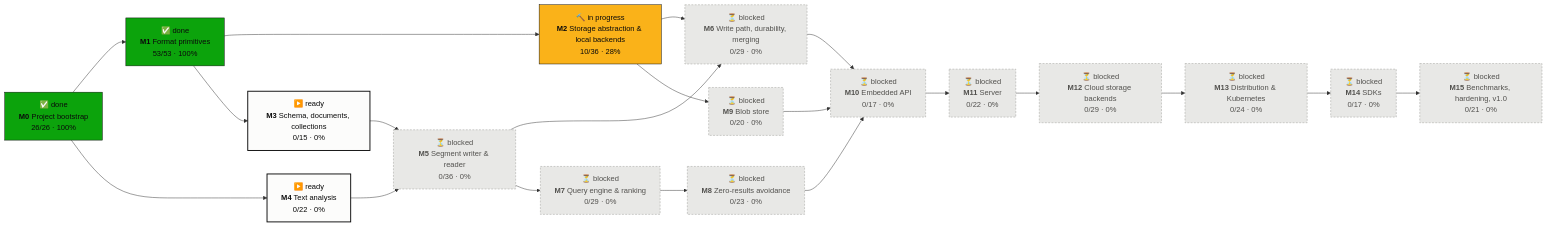
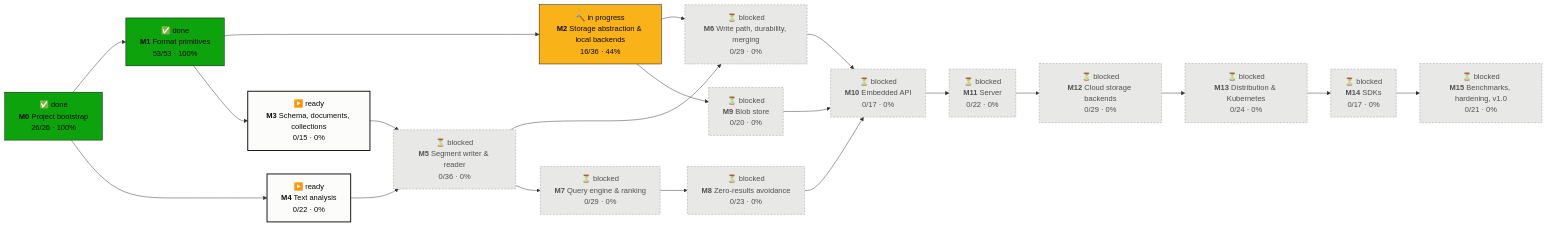
One commit to tomiok/persiaDB changed the first of 2 diagrams in PROGRESS.md. Above: the diagram before and after it, drawn with Mermaid. The commit also changed other lines of this file and 2 other files, not shown here.

Commit message:
chore(roadmap): tick 2.3.1-2.3.5, 2.3.7

````diff
--- a/PROGRESS.md
+++ b/PROGRESS.md
@@ -14,42 +14,42 @@
 ```mermaid
 flowchart LR
   M0["✅ done<br/><b>M0</b> Project bootstrap<br/>26/26 · 100%"]:::done
   M1["✅ done<br/><b>M1</b> Format primitives<br/>53/53 · 100%"]:::done
-  M2["🔨 in progress<br/><b>M2</b> Storage abstraction & local backends<br/>10/36 · 28%"]:::doing
+  M2["🔨 in progress<br/><b>M2</b> Storage abstraction & local backends<br/>16/36 · 44%"]:::doing
   M3["▶️ ready<br/><b>M3</b> Schema, documents, collections<br/>0/15 · 0%"]:::ready
   M4["▶️ ready<br/><b>M4</b> Text analysis<br/>0/22 · 0%"]:::ready
   M5["⏳ blocked<br/><b>M5</b> Segment writer & reader<br/>0/36 · 0%"]:::blocked
   M6["⏳ blocked<br/><b>M6</b> Write path, durability, merging<br/>0/29 · 0%"]:::blocked
   M7["⏳ blocked<br/><b>M7</b> Query engine & ranking<br/>0/29 · 0%"]:::blocked
   M8["⏳ blocked<br/><b>M8</b> Zero-results avoidance<br/>0/23 · 0%"]:::blocked
   M9["⏳ blocked<br/><b>M9</b> Blob store<br/>0/20 · 0%"]:::blocked
   M10["⏳ blocked<br/><b>M10</b> Embedded API<br/>0/17 · 0%"]:::blocked
   M11["⏳ blocked<br/><b>M11</b> Server<br/>0/22 · 0%"]:::blocked
   M12["⏳ blocked<br/><b>M12</b> Cloud storage backends<br/>0/29 · 0%"]:::blocked
   M13["⏳ blocked<br/><b>M13</b> Distribution & Kubernetes<br/>0/24 · 0%"]:::blocked
   M14["⏳ blocked<br/><b>M14</b> SDKs<br/>0/17 · 0%"]:::blocked
   M15["⏳ blocked<br/><b>M15</b> Benchmarks, hardening, v1.0<br/>0/21 · 0%"]:::blocked
   M0 --> M1
   M1 --> M2
   M1 --> M3
   M0 --> M4
   M3 --> M5
   M4 --> M5
   M2 --> M6
   M5 --> M6
   M5 --> M7
   M7 --> M8
   M2 --> M9
   M6 --> M10
   M8 --> M10
   M9 --> M10
   M10 --> M11
   M11 --> M12
   M12 --> M13
   M13 --> M14
   M14 --> M15
   classDef done fill:#0ca30c,stroke:#0b0b0b,color:#0b0b0b
   classDef doing fill:#fab219,stroke:#0b0b0b,color:#0b0b0b
   classDef ready fill:#fcfcfb,stroke:#0b0b0b,stroke-width:2px,color:#0b0b0b
   classDef blocked fill:#e8e8e6,stroke:#9a9a96,stroke-dasharray:4 3,color:#52514e
 ```
````
